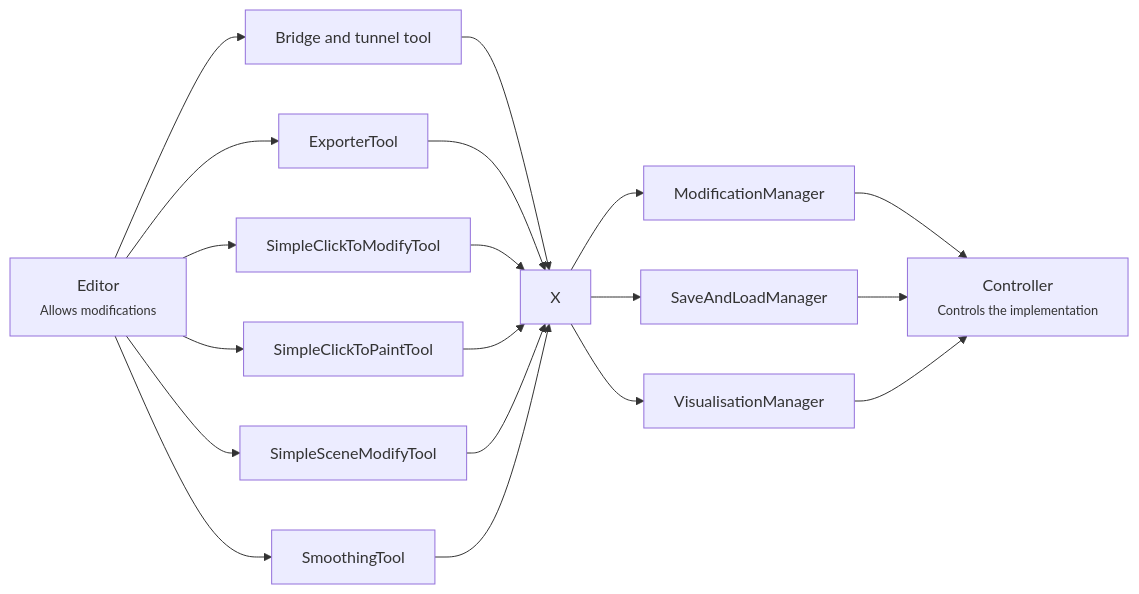
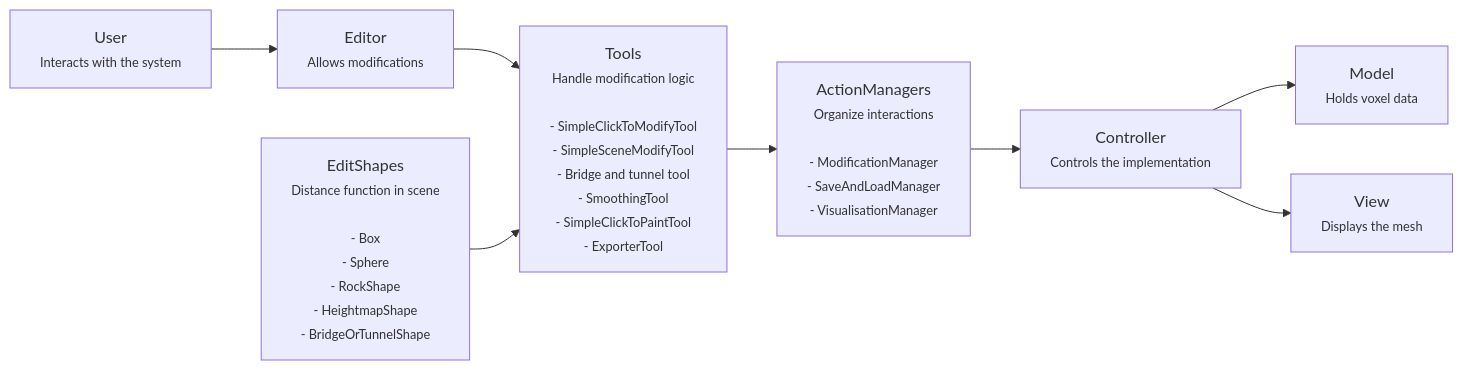
Before and after one commit to iffn/MarchingCubeEditorForUnity: the third of 3 diagrams in Documentation/Architecture/README.md, drawn with Mermaid. The commit also changed other lines of this file, not shown here.

Commit message:
Improved architecture documentation

````diff
--- a/Documentation/Architecture/README.md
+++ b/Documentation/Architecture/README.md
@@ -37,33 +39,27 @@
 ```mermaid
 flowchart LR
     %% <br><span style='font-size: 0.8em;'>
 
     %% User interaction
+    User["User"<br><span style='font-size: 0.8em;'>Interacts with the system]
     Editor["Editor"<br><span style='font-size: 0.8em;'>Allows modifications]
+    User --> Editor
 
-    %% Tool integration
-    BridgeAndTunnelTool["Bridge and tunnel tool"]
-    ExporterTool["ExporterTool"]
-    SimpleClickToModifyTool["SimpleClickToModifyTool"]
-    SimpleClickToPaintTool["SimpleClickToPaintTool"]
-    SimpleSceneModifyTool["SimpleSceneModifyTool"]
-    SmoothingTool["SmoothingTool"]
-    X["X"]
-    ModificationManager["ModificationManager"]
-    SaveAndLoadManager["SaveAndLoadManager"]
-    VisualisationManager["VisualisationManager"]
+    %% Tool connectino
+    Tools["Tools<br><span style='font-size: 0.8em;'>Handle modification logic<br><br>- SimpleClickToModifyTool<br>- SimpleSceneModifyTool<br>- Bridge and tunnel tool<br>- SmoothingTool<br>- SimpleClickToPaintTool<br>- ExporterTool"]
+    ActionManagers["ActionManagers<br><span style='font-size: 0.8em;'>Organize interactions<br><br>- ModificationManager<br>- SaveAndLoadManager<br>- VisualisationManager"]
+    EditShape["EditShapes"<br><span style='font-size: 0.8em;'>Distance function in scene<br><br>- Box<br>- Sphere<br>- RockShape<br>- HeightmapShape<br>- BridgeOrTunnelShape<br>]
 
-    Editor --> BridgeAndTunnelTool --> X
-    Editor --> ExporterTool --> X
-    Editor --> SimpleClickToModifyTool --> X
-    Editor --> SimpleClickToPaintTool --> X
-    Editor --> SimpleSceneModifyTool --> X
-    Editor --> SmoothingTool --> X
-
-    X --> ModificationManager --> Controller
-    X --> SaveAndLoadManager --> Controller
-    X --> VisualisationManager --> Controller
+    Editor --> Tools
+    EditShape --> Tools
+    Tools --> ActionManagers
+    ActionManagers --> Controller
 
     %% Core
     Controller["Controller<br><span style='font-size: 0.8em;'>Controls the implementation</span>"]
+    Model["Model<br><span style='font-size: 0.8em;'>Holds voxel data</span>"]
+    View["View<br><span style='font-size: 0.8em;'>Displays the mesh</span>"]
+
+    Controller --> Model
+    Controller --> View
 ```
````
